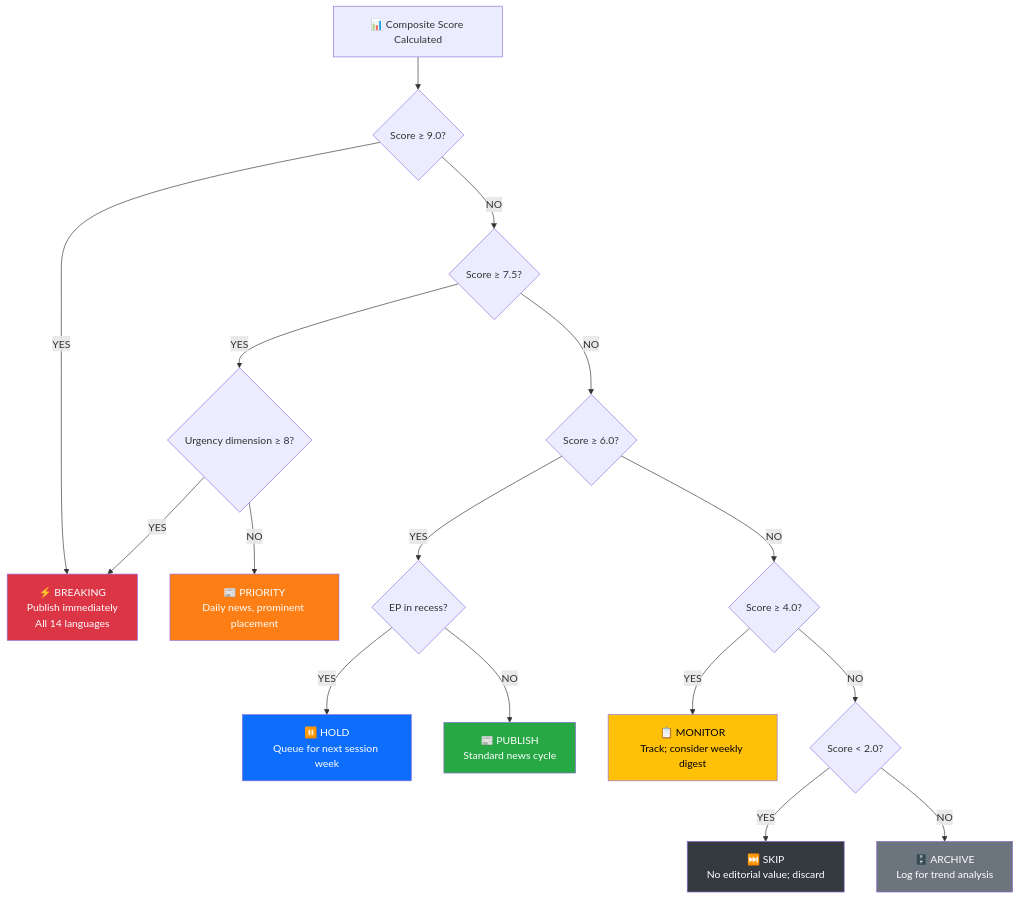
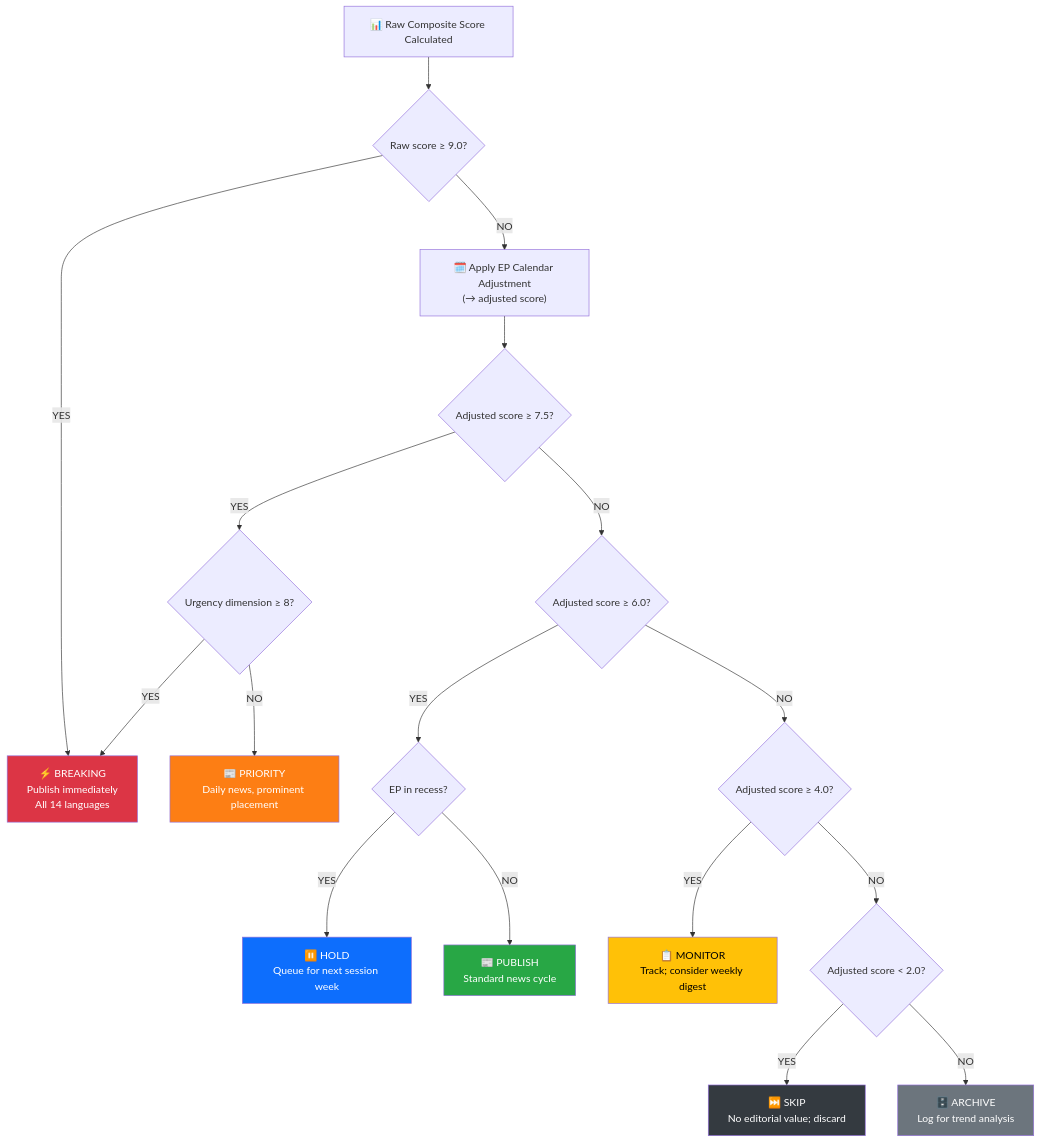
Before and after one commit to Hack23/euparliamentmonitor: the diagram in analysis/templates/significance-scoring.md, drawn with Mermaid. The commit also changed other lines of this file and 2 other files, not shown here.

First line of the commit message:
Address PR review: align thresholds with decision tree, clarify raw vs adjusted evaluation order, rename Likelihood Ratio to Evidence Direction, fix committee identification guidance

````diff
--- a/analysis/templates/significance-scoring.md
+++ b/analysis/templates/significance-scoring.md
@@ -124,26 +125,27 @@
 ```mermaid
 flowchart TD
-    START["📊 Composite Score Calculated"] --> Q1{"Score ≥ 9.0?"}
+    START["📊 Raw Composite Score Calculated"] --> Q1{"Raw score ≥ 9.0?"}
     Q1 -->|"YES"| BRK["⚡ BREAKING<br/>Publish immediately<br/>All 14 languages"]
-    Q1 -->|"NO"| Q2{"Score ≥ 7.5?"}
+    Q1 -->|"NO"| ADJ["🗓️ Apply EP Calendar Adjustment<br/>(→ adjusted score)"]
+    ADJ --> Q2{"Adjusted score ≥ 7.5?"}
     Q2 -->|"YES"| Q2A{"Urgency dimension ≥ 8?"}
     Q2A -->|"YES"| BRK
     Q2A -->|"NO"| PRI["📰 PRIORITY<br/>Daily news, prominent placement"]
-    Q2 -->|"NO"| Q3{"Score ≥ 6.0?"}
+    Q2 -->|"NO"| Q3{"Adjusted score ≥ 6.0?"}
     Q3 -->|"YES"| Q3A{"EP in recess?"}
     Q3A -->|"YES"| HOLD["⏸️ HOLD<br/>Queue for next session week"]
     Q3A -->|"NO"| PUB["📰 PUBLISH<br/>Standard news cycle"]
-    Q3 -->|"NO"| Q4{"Score ≥ 4.0?"}
+    Q3 -->|"NO"| Q4{"Adjusted score ≥ 4.0?"}
     Q4 -->|"YES"| MON["📋 MONITOR<br/>Track; consider weekly digest"]
-    Q4 -->|"NO"| Q5{"Score < 2.0?"}
+    Q4 -->|"NO"| Q5{"Adjusted score < 2.0?"}
     Q5 -->|"YES"| SKIP["⏭️ SKIP<br/>No editorial value; discard"]
     Q5 -->|"NO"| ARC["🗄️ ARCHIVE<br/>Log for trend analysis"]
 
     style BRK fill:#dc3545,color:#fff
     style PRI fill:#fd7e14,color:#fff
     style PUB fill:#28a745,color:#fff
     style HOLD fill:#0d6efd,color:#fff
     style MON fill:#ffc107,color:#000
     style ARC fill:#6c757d,color:#fff
     style SKIP fill:#343a40,color:#fff
 ```
````
